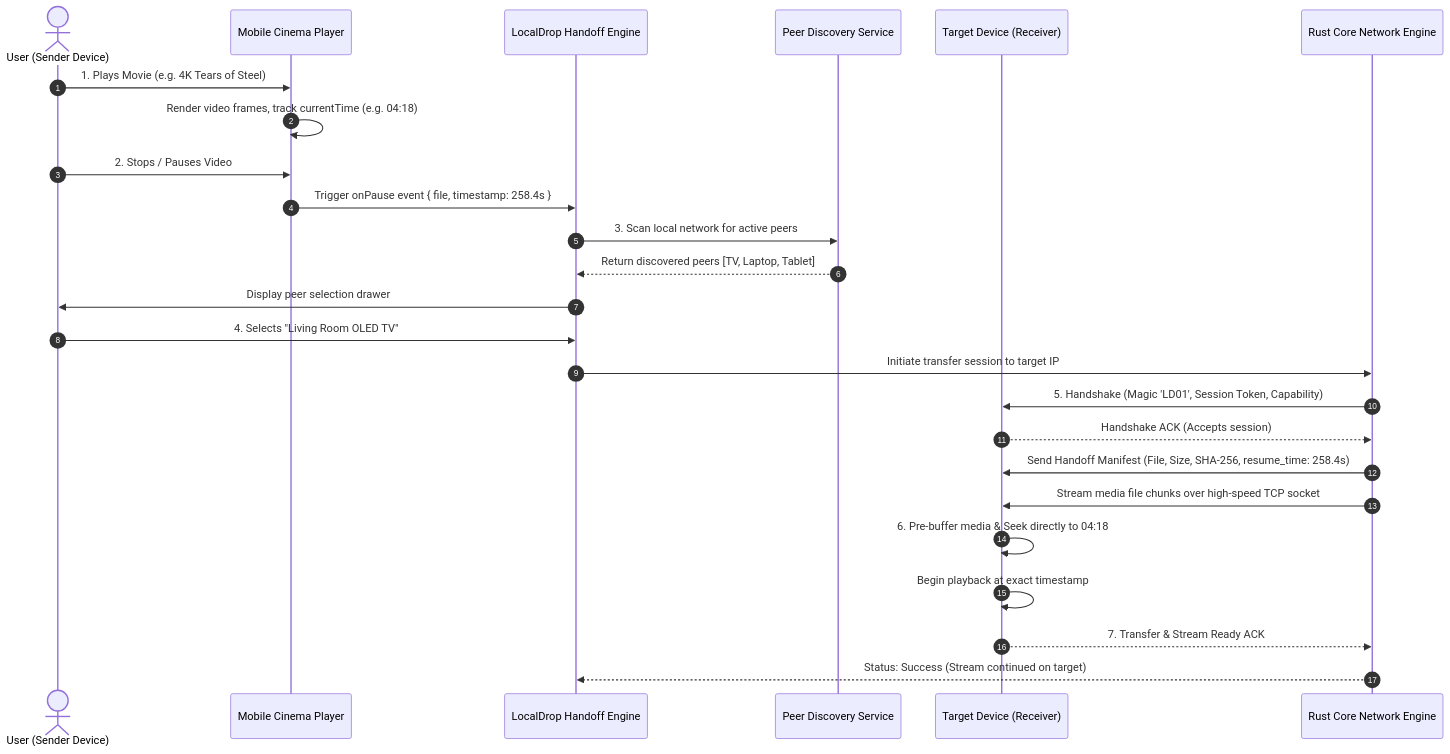
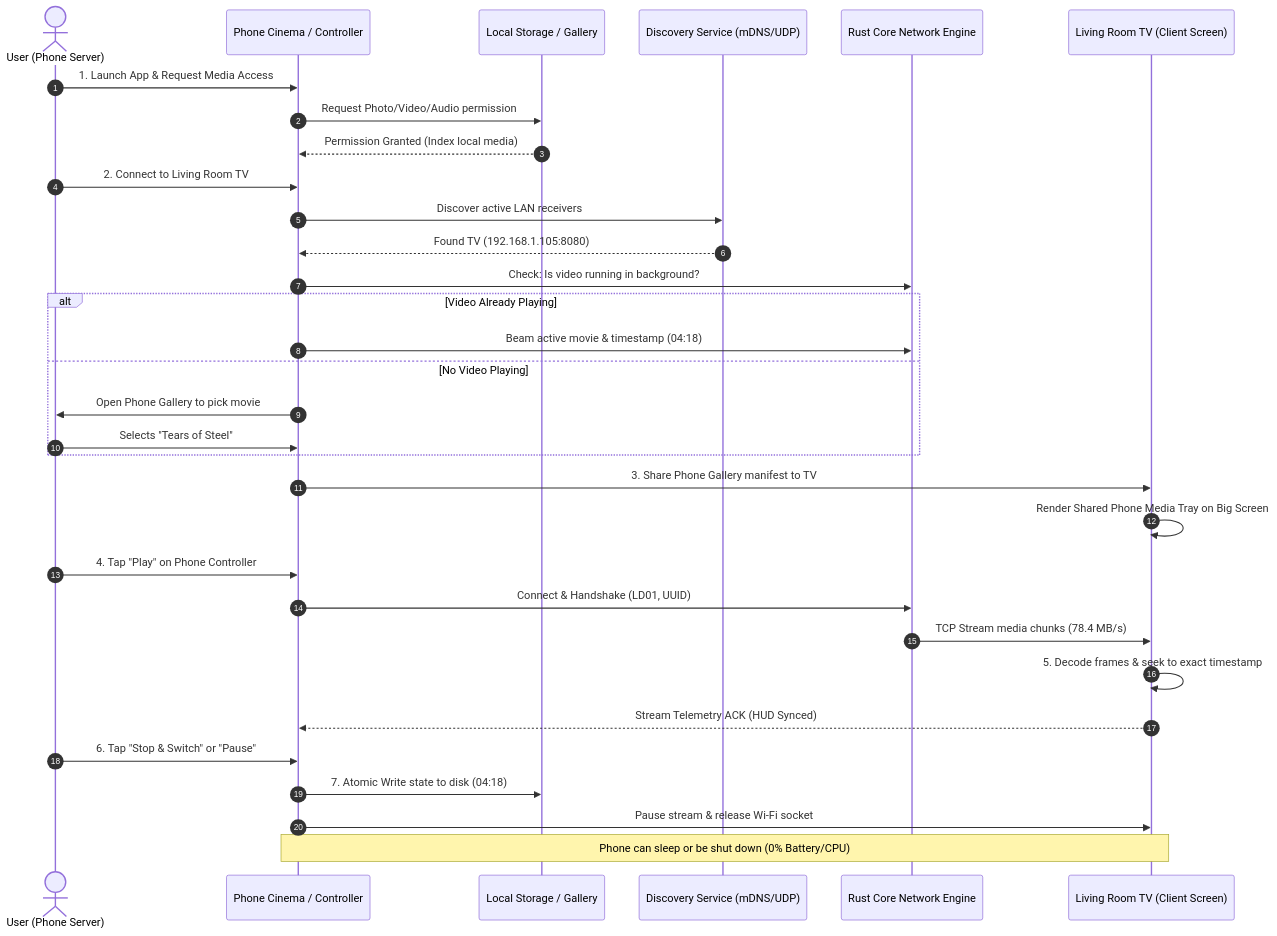
Before and after one commit to Hellnight2005/Veltrix: the diagram in docs/PRODUCT_GUIDE.md, drawn with Mermaid. The commit also changed other lines of this file, not shown here.

Commit message:
docs: write comprehensive whole-project specification covering every lifecycle step and all 10 edge cases

````diff
--- a/docs/PRODUCT_GUIDE.md
+++ b/docs/PRODUCT_GUIDE.md
@@ -41,28 +59,35 @@
 ```mermaid
 sequenceDiagram
     autonumber
-    actor User as User (Sender Device)
-    participant Player as Mobile Cinema Player
-    participant Handoff as LocalDrop Handoff Engine
-    participant Discovery as Peer Discovery Service
-    participant Target as Target Device (Receiver)
+    actor User as User (Phone Server)
+    participant PhoneUI as Phone Cinema / Controller
+    participant Storage as Local Storage / Gallery
+    participant Discovery as Discovery Service (mDNS/UDP)
     participant RustCore as Rust Core Network Engine
+    participant TVClient as Living Room TV (Client Screen)
 
-    User->>Player: 1. Plays Movie (e.g. 4K Tears of Steel)
-    Player->>Player: Render video frames, track currentTime (e.g. 04:18)
-    User->>Player: 2. Stops / Pauses Video
-    Player->>Handoff: Trigger onPause event { file, timestamp: 258.4s }
-    Handoff->>Discovery: 3. Scan local network for active peers
-    Discovery-->>Handoff: Return discovered peers [TV, Laptop, Tablet]
-    Handoff->>User: Display peer selection drawer
-    User->>Handoff: 4. Selects "Living Room OLED TV"
-    Handoff->>RustCore: Initiate transfer session to target IP
-    RustCore->>Target: 5. Handshake (Magic 'LD01', Session Token, Capability)
-    Target-->>RustCore: Handshake ACK (Accepts session)
-    RustCore->>Target: Send Handoff Manifest (File, Size, SHA-256, resume_time: 258.4s)
-    RustCore->>Target: Stream media file chunks over high-speed TCP socket
-    Target->>Target: 6. Pre-buffer media & Seek directly to 04:18
-    Target->>Target: Begin playback at exact timestamp
-    Target-->>RustCore: 7. Transfer & Stream Ready ACK
-    RustCore-->>Handoff: Status: Success (Stream continued on target)
+    User->>PhoneUI: 1. Launch App & Request Media Access
+    PhoneUI->>Storage: Request Photo/Video/Audio permission
+    Storage-->>PhoneUI: Permission Granted (Index local media)
+    User->>PhoneUI: 2. Connect to Living Room TV
+    PhoneUI->>Discovery: Discover active LAN receivers
+    Discovery-->>PhoneUI: Found TV (192.168.1.105:8080)
+    PhoneUI->>RustCore: Check: Is video running in background?
+    alt Video Already Playing
+        PhoneUI->>RustCore: Beam active movie & timestamp (04:18)
+    else No Video Playing
+        PhoneUI->>User: Open Phone Gallery to pick movie
+        User->>PhoneUI: Selects "Tears of Steel"
+    end
+    PhoneUI->>TVClient: 3. Share Phone Gallery manifest to TV
+    TVClient->>TVClient: Render Shared Phone Media Tray on Big Screen
+    User->>PhoneUI: 4. Tap "Play" on Phone Controller
+    PhoneUI->>RustCore: Connect & Handshake (LD01, UUID)
+    RustCore->>TVClient: TCP Stream media chunks (78.4 MB/s)
+    TVClient->>TVClient: 5. Decode frames & seek to exact timestamp
+    TVClient-->>PhoneUI: Stream Telemetry ACK (HUD Synced)
+    User->>PhoneUI: 6. Tap "Stop & Switch" or "Pause"
+    PhoneUI->>Storage: 7. Atomic Write state to disk (04:18)
+    PhoneUI->>TVClient: Pause stream & release Wi-Fi socket
+    Note over PhoneUI,TVClient: Phone can sleep or be shut down (0% Battery/CPU)
 ```
````
